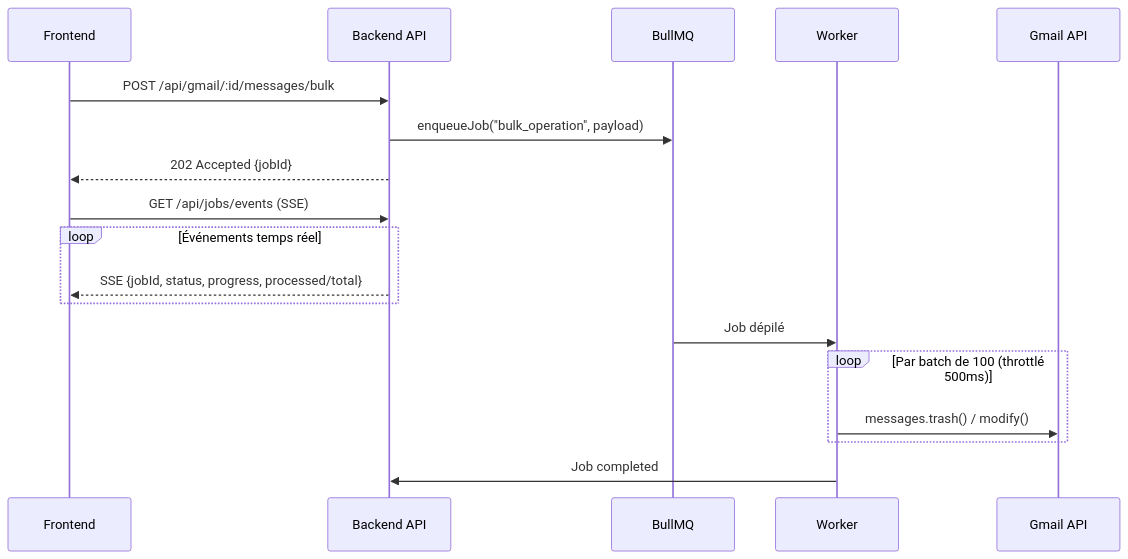
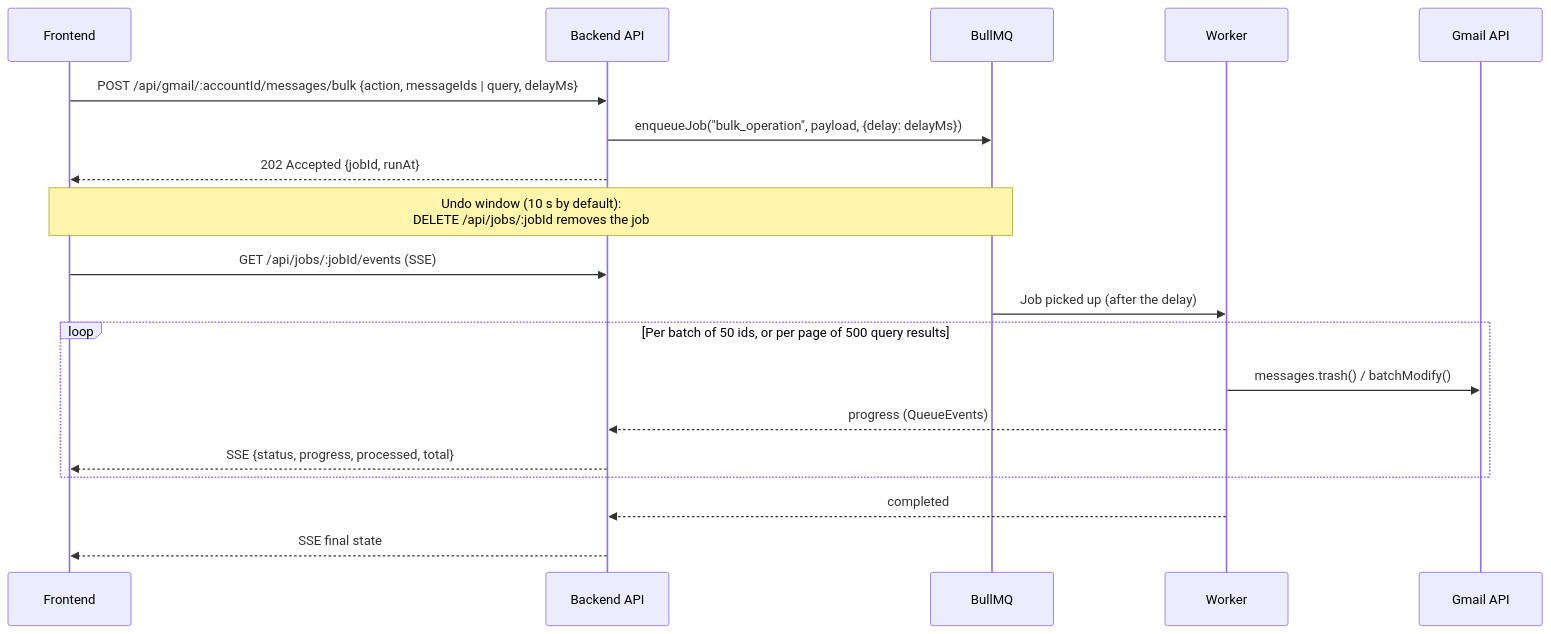
The second of 4 diagrams in docs/en/technical/overview.md (Le-Nid/nid), drawn with Mermaid before and after one commit. The commit also changed other lines of this file and 13 other files, not shown here.

First line of the commit message:
docs(technical): align architecture pages with the current code

````diff
--- a/docs/en/technical/overview.md
+++ b/docs/en/technical/overview.md
@@ -40,23 +43,24 @@
 ```mermaid
 sequenceDiagram
     participant UI as Frontend
     participant API as Backend API
     participant Queue as BullMQ
     participant Worker as Worker
     participant Gmail as Gmail API
 
-    UI->>API: POST /api/gmail/:id/messages/bulk
-    API->>Queue: enqueueJob("bulk_operation", payload)
-    API-->>UI: 202 Accepted {jobId}
-    
-    UI->>API: GET /api/jobs/events (SSE)
-    loop Événements temps réel
-        API-->>UI: SSE {jobId, status, progress, processed/total}
+    UI->>API: POST /api/gmail/:accountId/messages/bulk {action, messageIds | query, delayMs}
+    API->>Queue: enqueueJob("bulk_operation", payload, {delay: delayMs})
+    API-->>UI: 202 Accepted {jobId, runAt}
+
+    Note over UI,Queue: Undo window (10 s by default):<br/>DELETE /api/jobs/:jobId removes the job
+
+    UI->>API: GET /api/jobs/:jobId/events (SSE)
+    Queue->>Worker: Job picked up (after the delay)
+    loop Per batch of 50 ids, or per page of 500 query results
+        Worker->>Gmail: messages.trash() / batchModify()
+        Worker-->>API: progress (QueueEvents)
+        API-->>UI: SSE {status, progress, processed, total}
     end
-
-    Queue->>Worker: Job dépilé
-    loop Par batch de 100 (throttlé 500ms)
-        Worker->>Gmail: messages.trash() / modify()
-    end
-    Worker->>API: Job completed
+    Worker-->>API: completed
+    API-->>UI: SSE final state
 ```
````
